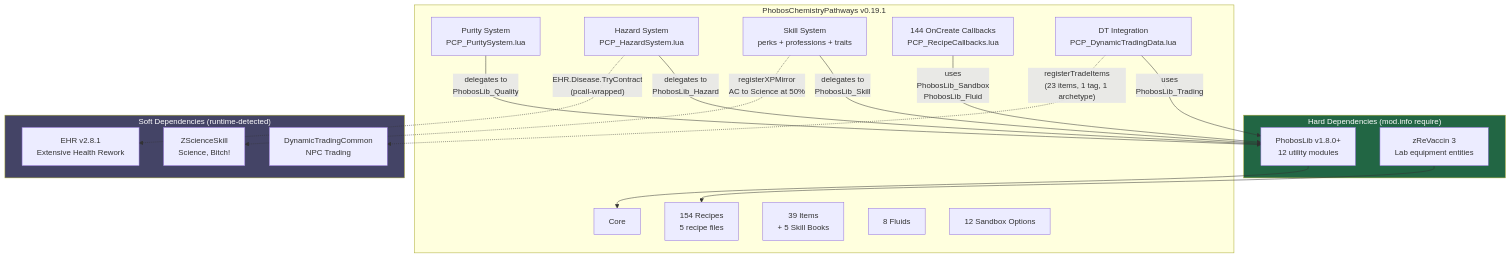
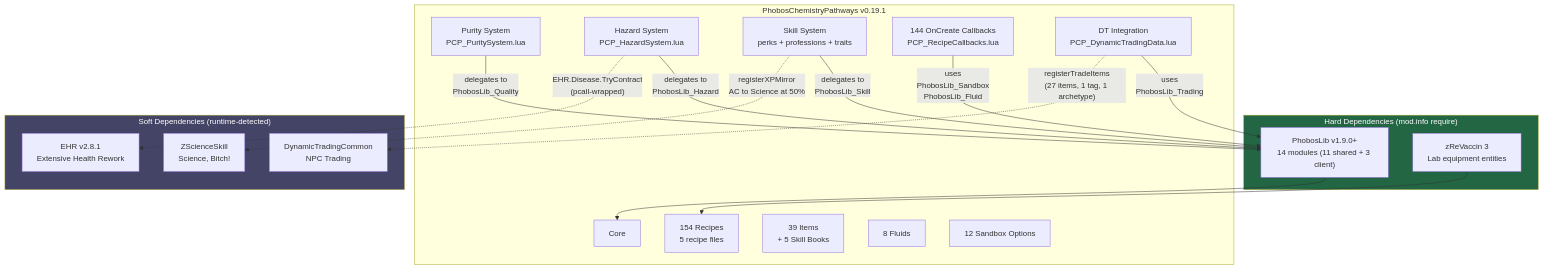
The first of 5 diagrams in docs/diagrams/architecture.md (phobos-dthorga/mod-pz-chemistry-pathways), drawn with Mermaid before and after one commit. The commit also changed other lines of this file and 2 other files, not shown here.

First line of the commit message:
docs: synchronize documentation to PhobosLib v1.9.0

````diff
--- a/docs/diagrams/architecture.md
+++ b/docs/diagrams/architecture.md
@@ -24,42 +24,42 @@
 ```mermaid
 graph TB
     subgraph HARD["Hard Dependencies (mod.info require)"]
-        PL["PhobosLib v1.8.0+<br/>12 utility modules"]
+        PL["PhobosLib v1.9.0+<br/>14 modules (11 shared + 3 client)"]
         ZR["zReVaccin 3<br/>Lab equipment entities"]
     end
 
     subgraph PCP["PhobosChemistryPathways v0.19.1"]
         CORE["Core"]
         REC["154 Recipes<br/>5 recipe files"]
         ITEMS["39 Items<br/>+ 5 Skill Books"]
         FLUIDS["8 Fluids"]
         SB["12 Sandbox Options"]
         PURITY["Purity System<br/>PCP_PuritySystem.lua"]
         HAZARD["Hazard System<br/>PCP_HazardSystem.lua"]
         SKILL["Skill System<br/>perks + professions + traits"]
         CALLBACKS["144 OnCreate Callbacks<br/>PCP_RecipeCallbacks.lua"]
         TRADING["DT Integration<br/>PCP_DynamicTradingData.lua"]
     end
 
     subgraph SOFT["Soft Dependencies (runtime-detected)"]
         ZSS["ZScienceSkill<br/>Science, Bitch!"]
         EHR["EHR v2.8.1<br/>Extensive Health Rework"]
         DT["DynamicTradingCommon<br/>NPC Trading"]
     end
 
     PL --> CORE
     ZR --> REC
 
     PURITY -->|"delegates to<br/>PhobosLib_Quality"| PL
     HAZARD -->|"delegates to<br/>PhobosLib_Hazard"| PL
     SKILL -->|"delegates to<br/>PhobosLib_Skill"| PL
     CALLBACKS -->|"uses<br/>PhobosLib_Sandbox<br/>PhobosLib_Fluid"| PL
     TRADING -->|"uses<br/>PhobosLib_Trading"| PL
 
     HAZARD -.->|"EHR.Disease.TryContract<br/>(pcall-wrapped)"| EHR
     SKILL -.->|"registerXPMirror<br/>AC to Science at 50%"| ZSS
-    TRADING -.->|"registerTradeItems<br/>(23 items, 1 tag, 1 archetype)"| DT
+    TRADING -.->|"registerTradeItems<br/>(27 items, 1 tag, 1 archetype)"| DT
 
     style HARD fill:#264,color:#fff
     style SOFT fill:#446,color:#fff
 ```
````
